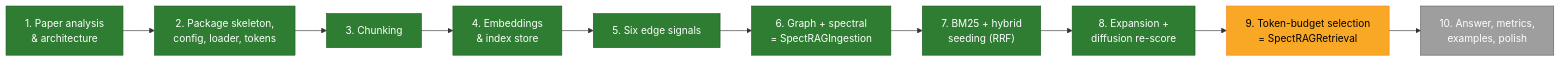
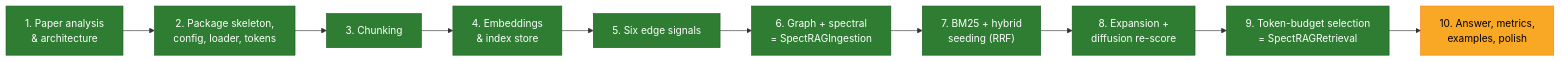
The fifth of 13 diagrams in README.md (aion7891/Spect-RAG), drawn with Mermaid before and after one commit. The commit also changed other lines of this file and 8 other files, not shown here.

Commit message:
feat: Phase 9 – token-budgeted context selection and SpectRAGRetrieval

````diff
--- a/README.md
+++ b/README.md
@@ -460,15 +466,15 @@
 ```mermaid
 flowchart LR
     P1["1. Paper analysis<br/>& architecture"]:::done --> P2["2. Package skeleton,<br/>config, loader, tokens"]:::done
     P2 --> P3["3. Chunking"]:::done
     P3 --> P4["4. Embeddings<br/>& index store"]:::done
     P4 --> P5["5. Six edge signals"]:::done
     P5 --> P6["6. Graph + spectral<br/>= SpectRAGIngestion"]:::done
     P6 --> P7["7. BM25 + hybrid<br/>seeding (RRF)"]:::done
     P7 --> P8["8. Expansion +<br/>diffusion re-score"]:::done
-    P8 --> P9["9. Token-budget selection<br/>= SpectRAGRetrieval"]:::doing
-    P9 --> P10["10. Answer, metrics,<br/>examples, polish"]:::todo
+    P8 --> P9["9. Token-budget selection<br/>= SpectRAGRetrieval"]:::done
+    P9 --> P10["10. Answer, metrics,<br/>examples, polish"]:::doing
     classDef done fill:#2e7d32,color:#fff,stroke:#1b5e20
     classDef doing fill:#f9a825,color:#000,stroke:#f57f17
     classDef todo fill:#9e9e9e,color:#fff,stroke:#616161
 ```
````
